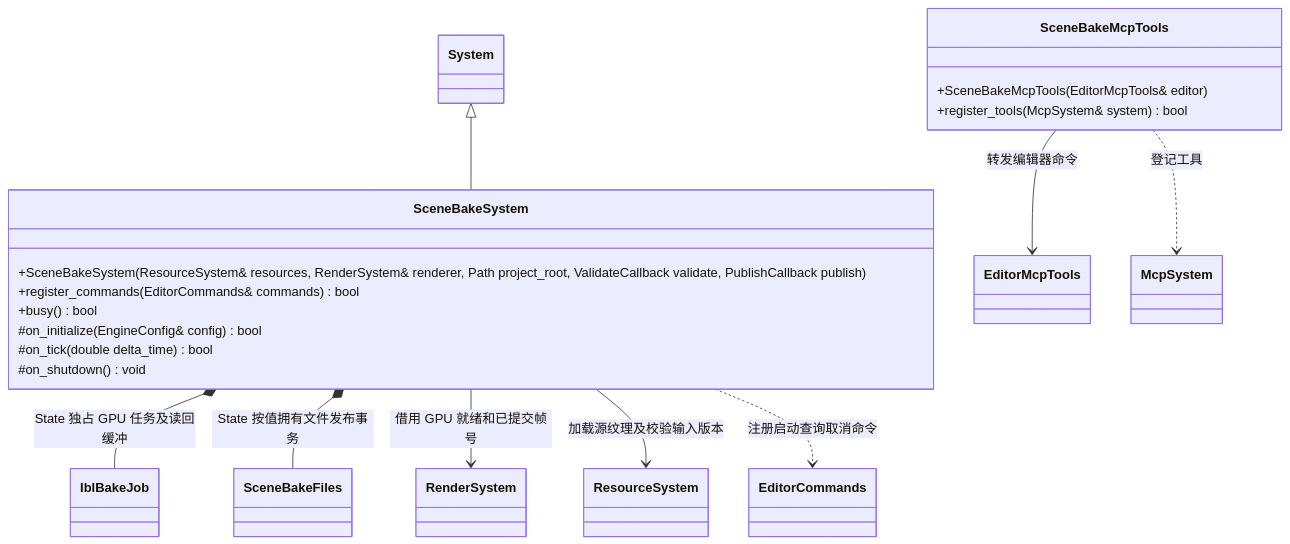
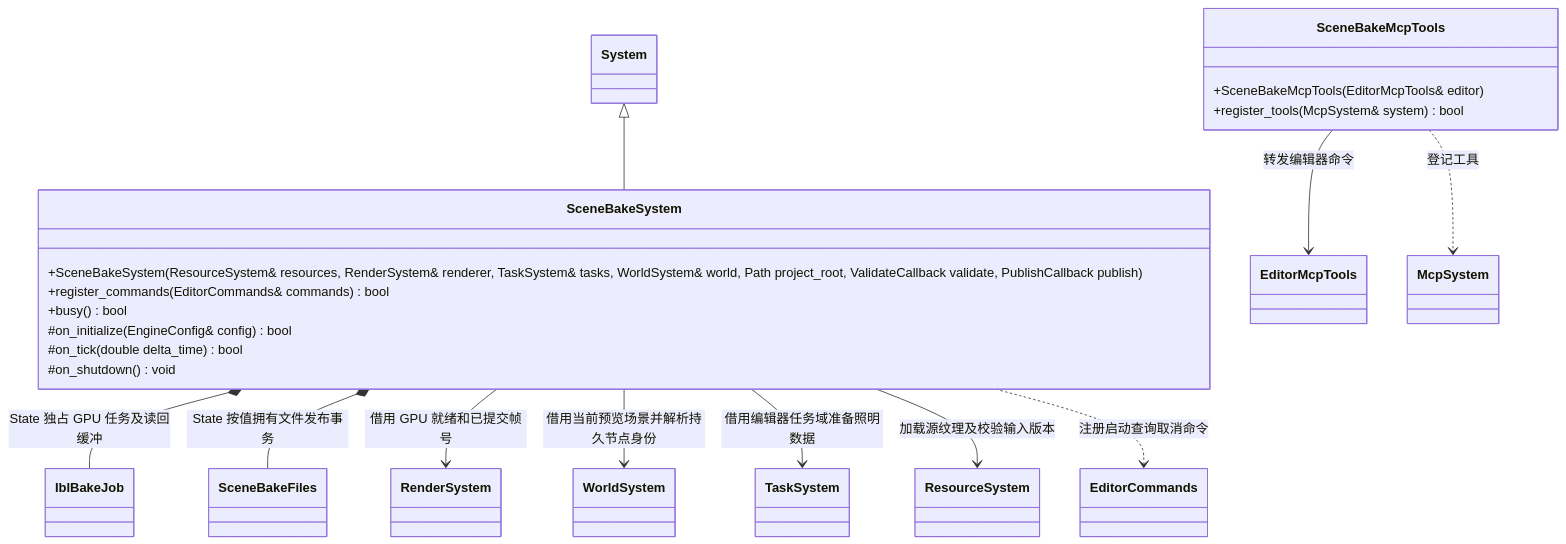
Before and after one commit to lcals/Engine: the first of 3 diagrams in docs/plugins/editor/class-diagrams/scene-bake.md, drawn with Mermaid. The commit also changed other lines of this file and 305 other files, not shown here.

````diff
--- a/docs/plugins/editor/class-diagrams/scene-bake.md
+++ b/docs/plugins/editor/class-diagrams/scene-bake.md
@@ -3,31 +5,35 @@
 ```mermaid
 classDiagram
     class SceneBakeSystem {
-        +SceneBakeSystem(ResourceSystem& resources, RenderSystem& renderer, Path project_root, ValidateCallback validate, PublishCallback publish)
+        +SceneBakeSystem(ResourceSystem& resources, RenderSystem& renderer, TaskSystem& tasks, WorldSystem& world, Path project_root, ValidateCallback validate, PublishCallback publish)
         +register_commands(EditorCommands& commands) bool
         +busy() bool
         #on_initialize(EngineConfig& config) bool
         #on_tick(double delta_time) bool
         #on_shutdown() void
     }
     class IblBakeJob
     class SceneBakeFiles
     class SceneBakeMcpTools {
         +SceneBakeMcpTools(EditorMcpTools& editor)
         +register_tools(McpSystem& system) bool
     }
     class System
     class RenderSystem
     class ResourceSystem
+    class TaskSystem
+    class WorldSystem
     class EditorCommands
     class EditorMcpTools
     class McpSystem
     System <|-- SceneBakeSystem
     SceneBakeSystem *-- IblBakeJob : State 独占 GPU 任务及读回缓冲
     SceneBakeSystem *-- SceneBakeFiles : State 按值拥有文件发布事务
     SceneBakeSystem --> RenderSystem : 借用 GPU 就绪和已提交帧号
+    SceneBakeSystem --> WorldSystem : 借用当前预览场景并解析持久节点身份
+    SceneBakeSystem --> TaskSystem : 借用编辑器任务域准备照明数据
     SceneBakeSystem --> ResourceSystem : 加载源纹理及校验输入版本
     SceneBakeSystem ..> EditorCommands : 注册启动查询取消命令
     SceneBakeMcpTools --> EditorMcpTools : 转发编辑器命令
     SceneBakeMcpTools ..> McpSystem : 登记工具
 ```
````
